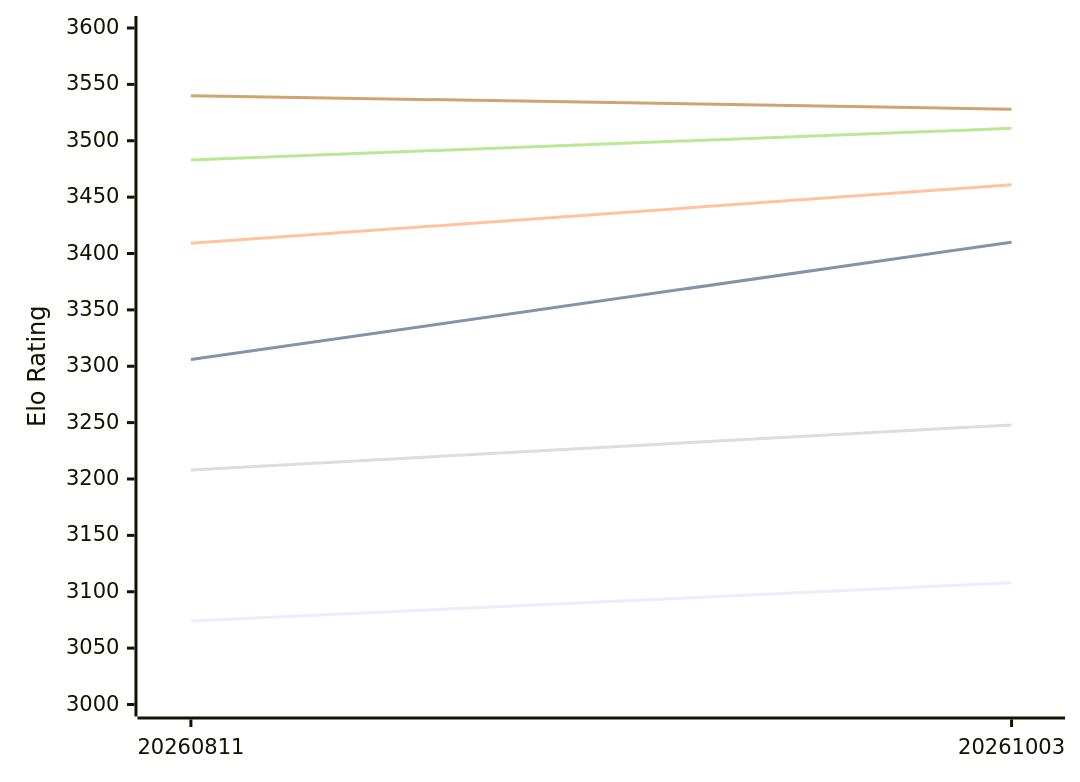
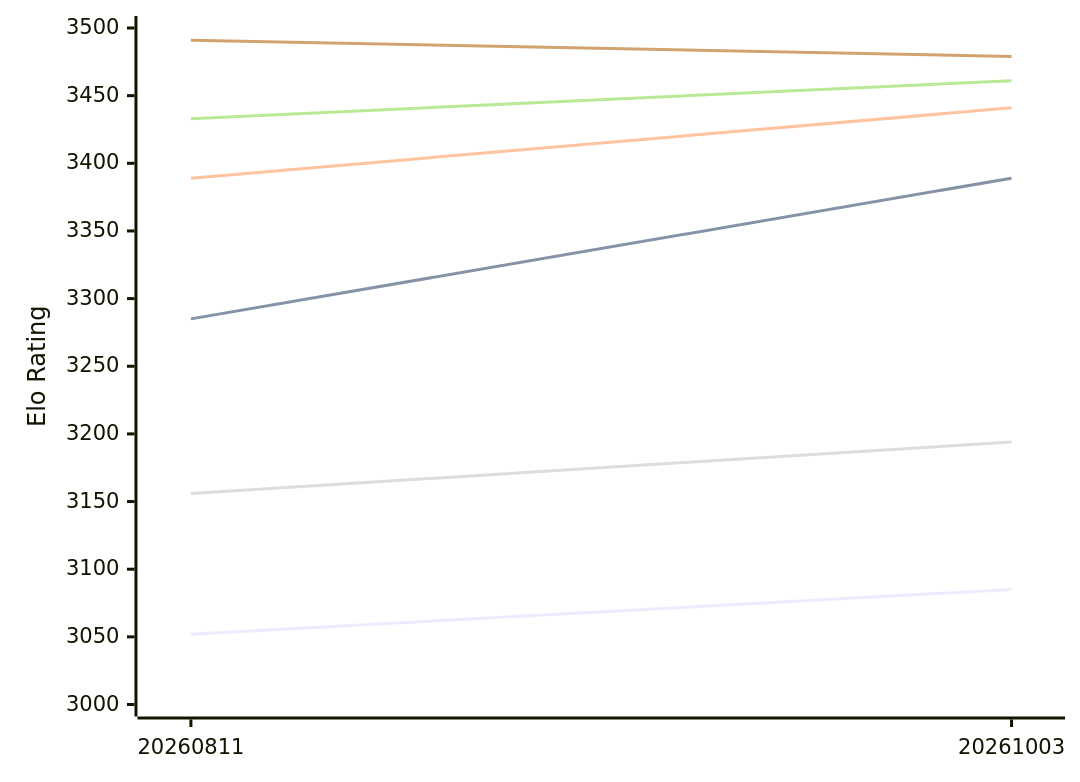
One commit to computer-chess-index/cci changed the first of 2 diagrams in engines/Askaig.md. Above: the diagram before and after it, drawn with Mermaid. The commit also changed other lines of this file, not shown here.

Commit message:
Update CCI Ratings (ELO VLTC) - 2026-11-08

````diff
--- a/engines/Askaig.md
+++ b/engines/Askaig.md
@@ -52,12 +52,12 @@
 ```mermaid
 %%{init: {"theme":"base","themeVariables":{"seriesColors:['#a3a3a3','#222221','#faa371']}}}%%
 xychart-beta
   x-axis ["20260811", "20261003"]
-  y-axis "Elo Rating" 3000 --> 3600
-  line "E1: STC (8.0+0.08s)" [3074, 3108]
-  line "E1: LTC (60.0+0.60s)" [3306, 3410]
-  line "E1: VLTC (2m24s+1.12s)" [3409, 3461]
-  line "P1: STC (8.0+0.08s)" [3208, 3248]
-  line "P1: LTC (60.0+0.60s)" [3483, 3511]
-  line "P1: VLTC (2m24s+1.12s)" [3540, 3528]
+  y-axis "Elo Rating" 3000 --> 3500
+  line "E1: STC (8.0+0.08s)" [3052, 3085]
+  line "E1: LTC (60.0+0.60s)" [3285, 3389]
+  line "E1: VLTC (2m24s+1.12s)" [3389, 3441]
+  line "P1: STC (8.0+0.08s)" [3156, 3194]
+  line "P1: LTC (60.0+0.60s)" [3433, 3461]
+  line "P1: VLTC (2m24s+1.12s)" [3491, 3479]
 ```
````
